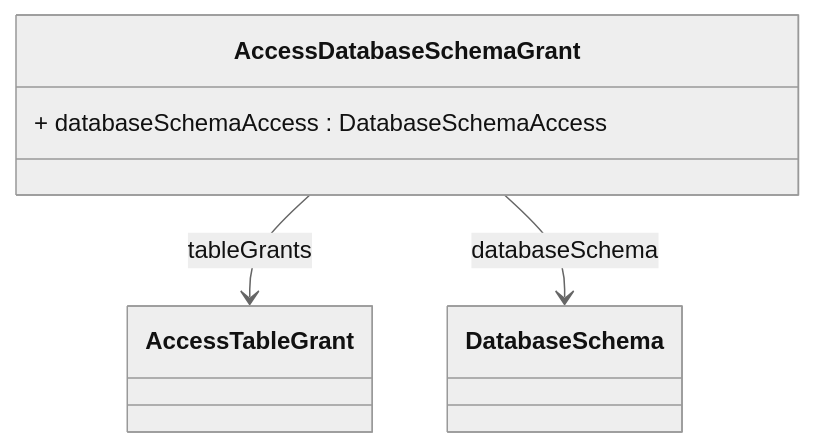
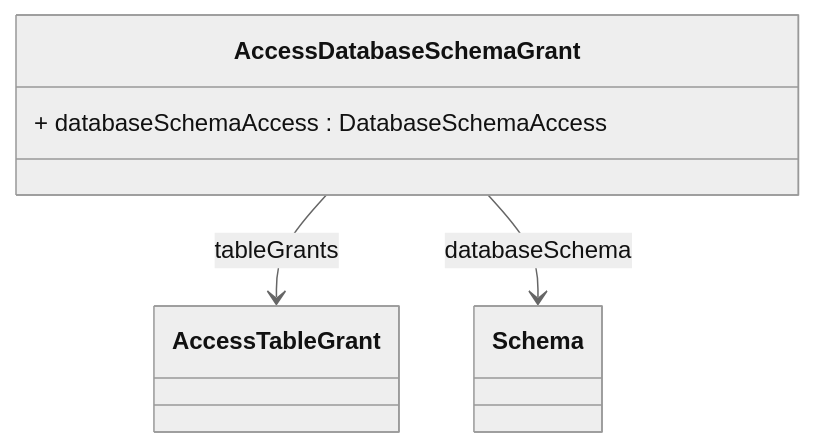
The diagram in docs/cubeserver/model/class-AccessDatabaseSchemaGrant.md (eclipse-daanse/eclipse-daanse.github.io), drawn with Mermaid (neutral theme) before and after one commit. The commit also changed other lines of this file and 138 other files, not shown here.

````diff
--- a/docs/cubeserver/model/class-AccessDatabaseSchemaGrant.md
+++ b/docs/cubeserver/model/class-AccessDatabaseSchemaGrant.md
@@ -82,11 +84,11 @@
 ```mermaid
 classDiagram
   class AccessDatabaseSchemaGrant {
     + databaseSchemaAccess : DatabaseSchemaAccess
   }
 
 
   AccessDatabaseSchemaGrant --> AccessTableGrant : tableGrants
-  AccessDatabaseSchemaGrant --> DatabaseSchema : databaseSchema
+  AccessDatabaseSchemaGrant --> Schema : databaseSchema
 
 ```
````
